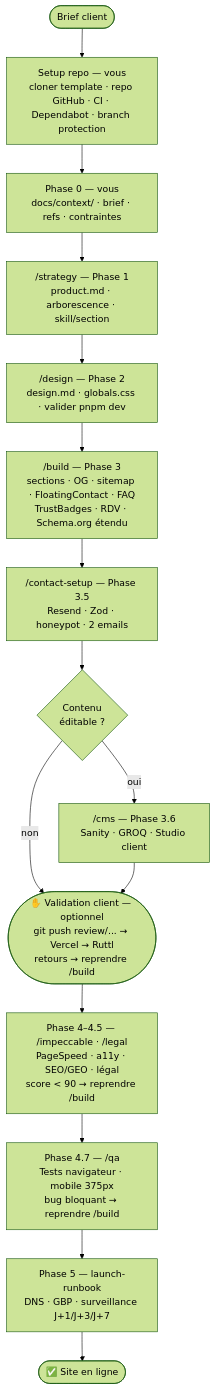
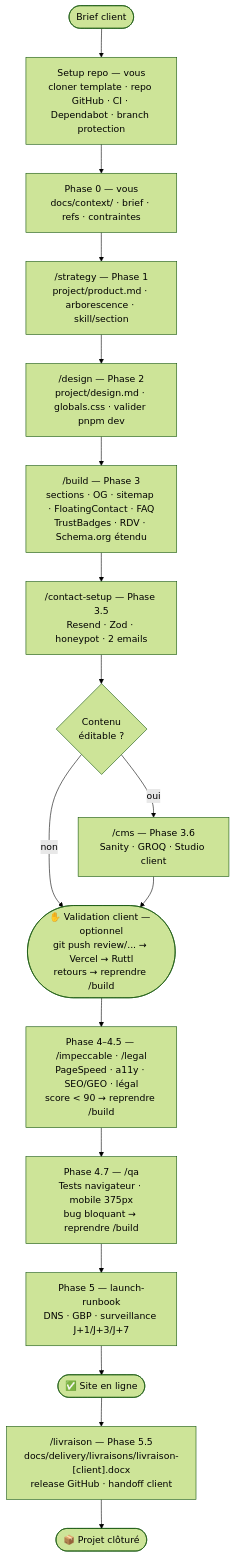
Before and after one commit to MobemSolutions/mobem-starter-kit: the diagram in docs/workflow.md, drawn with Mermaid (forest theme). The commit also changed other lines of this file and 33 other files, not shown here.

````diff
--- a/docs/workflow.md
+++ b/docs/workflow.md
@@ -9,41 +9,43 @@
 ```mermaid
 flowchart TD
     A([Brief client]) --> SETUP
 
     SETUP["Setup repo — vous<br/>cloner template · repo GitHub · CI · Dependabot · branch protection"]
     SETUP --> B
 
     B["Phase 0 — vous<br/>docs/context/ · brief · refs · contraintes"]
     B --> C
 
-    C["/strategy — Phase 1<br/>product.md · arborescence · skill/section"]
+    C["/strategy — Phase 1<br/>project/product.md · arborescence · skill/section"]
     C --> D
 
-    D["/design — Phase 2<br/>design.md · globals.css · valider pnpm dev"]
+    D["/design — Phase 2<br/>project/design.md · globals.css · valider pnpm dev"]
     D --> E
 
     E["/build — Phase 3<br/>sections · OG · sitemap · FloatingContact · FAQ<br/>TrustBadges · RDV · Schema.org étendu"]
     E --> F
 
     F["/contact-setup — Phase 3.5<br/>Resend · Zod · honeypot · 2 emails"]
     F --> CMSQ
 
     CMSQ{"Contenu<br/>éditable ?"}
     CMSQ -->|non| G
     CMSQ -->|oui| CMS
 
     CMS["/cms — Phase 3.6<br/>Sanity · GROQ · Studio client"]
     CMS --> G
 
     G(["✋ Validation client — optionnel<br/>git push review/... → Vercel → Ruttl<br/>retours → reprendre /build"])
     G --> H
 
     H["Phase 4–4.5 — /impeccable · /legal<br/>PageSpeed · a11y · SEO/GEO · légal<br/>score < 90 → reprendre /build"]
     H --> QA
 
     QA["Phase 4.7 — /qa<br/>Tests navigateur · mobile 375px<br/>bug bloquant → reprendre /build"]
     QA --> I
 
     I["Phase 5 — launch-runbook<br/>DNS · GBP · surveillance J+1/J+3/J+7"]
     I --> J([✅ Site en ligne])
+    J --> K["/livraison — Phase 5.5<br/>docs/delivery/livraisons/livraison-[client].docx<br/>release GitHub · handoff client"]
+    K --> L([📦 Projet clôturé])
 ```
````
